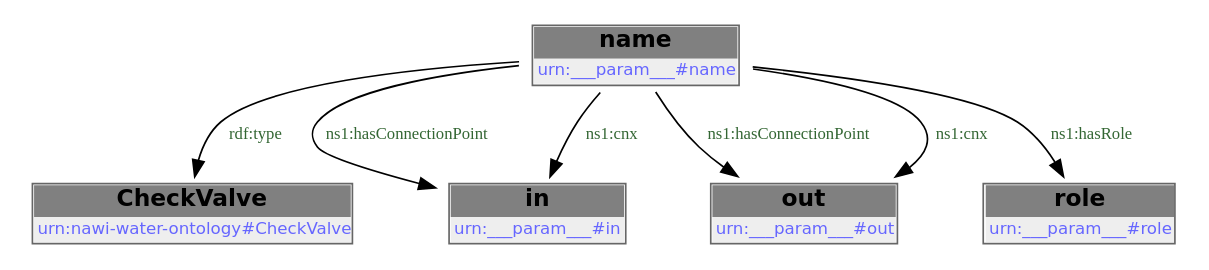
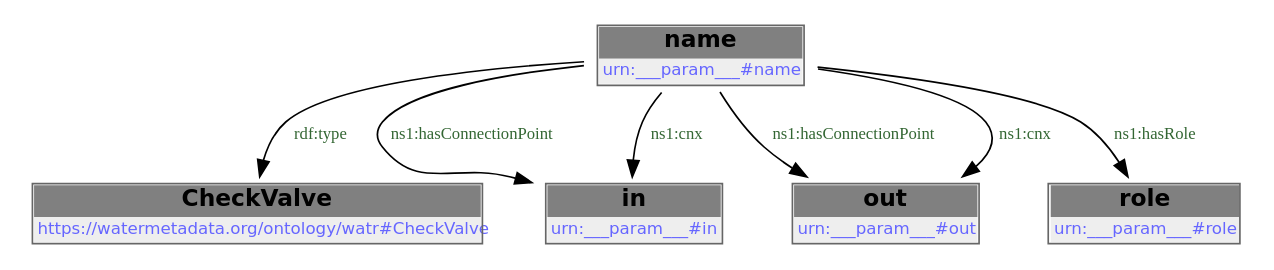
The first of 2 diagrams in docs/libraries/templates/check-valve.rst (DataDrivenCPS/water-ontology), drawn with Graphviz before and after one commit. The commit also changed other lines of this file and 43 other files, not shown here.

First line of the commit message:
feat: move ontology to https://watermetadata.org base URI

```diff
--- a/docs/libraries/templates/check-valve.rst
+++ b/docs/libraries/templates/check-valve.rst
@@ -82,16 +82,16 @@
         .. graphviz::
 
                 digraph G {
             node [fontname="DejaVu Sans"];
             node0 -> node1 [color=BLACK, label=< <font point-size='10' color='#336633'>rdf:type</font> >];
             node0 -> node2 [color=BLACK, label=< <font point-size='10' color='#336633'>ns1:hasConnectionPoint</font> >];
             node0 -> node3 [color=BLACK, label=< <font point-size='10' color='#336633'>ns1:hasConnectionPoint</font> >];
             node0 -> node4 [color=BLACK, label=< <font point-size='10' color='#336633'>ns1:hasRole</font> >];
             node0 -> node2 [color=BLACK, label=< <font point-size='10' color='#336633'>ns1:cnx</font> >];
             node0 -> node3 [color=BLACK, label=< <font point-size='10' color='#336633'>ns1:cnx</font> >];
             node0 [shape=none, color=black, label=< <table color='#666666' cellborder='0' cellspacing='0' border='1'><tr><td colspan='2' bgcolor='grey'><B>name</B></td></tr><tr><td href='urn:___param___#name' bgcolor='#eeeeee' colspan='2'><font point-size='10' color='#6666ff'>urn:___param___#name</font></td></tr></table> >];
-            node1 [shape=none, color=black, label=< <table color='#666666' cellborder='0' cellspacing='0' border='1'><tr><td colspan='2' bgcolor='grey'><B>CheckValve</B></td></tr><tr><td href='urn:nawi-water-ontology#CheckValve' bgcolor='#eeeeee' colspan='2'><font point-size='10' color='#6666ff'>urn:nawi-water-ontology#CheckValve</font></td></tr></table> >];
+            node1 [shape=none, color=black, label=< <table color='#666666' cellborder='0' cellspacing='0' border='1'><tr><td colspan='2' bgcolor='grey'><B>CheckValve</B></td></tr><tr><td href='https://watermetadata.org/ontology/watr#CheckValve' bgcolor='#eeeeee' colspan='2'><font point-size='10' color='#6666ff'>https://watermetadata.org/ontology/watr#CheckValve</font></td></tr></table> >];
             node2 [shape=none, color=black, label=< <table color='#666666' cellborder='0' cellspacing='0' border='1'><tr><td colspan='2' bgcolor='grey'><B>in</B></td></tr><tr><td href='urn:___param___#in' bgcolor='#eeeeee' colspan='2'><font point-size='10' color='#6666ff'>urn:___param___#in</font></td></tr></table> >];
             node3 [shape=none, color=black, label=< <table color='#666666' cellborder='0' cellspacing='0' border='1'><tr><td colspan='2' bgcolor='grey'><B>out</B></td></tr><tr><td href='urn:___param___#out' bgcolor='#eeeeee' colspan='2'><font point-size='10' color='#6666ff'>urn:___param___#out</font></td></tr></table> >];
             node4 [shape=none, color=black, label=< <table color='#666666' cellborder='0' cellspacing='0' border='1'><tr><td colspan='2' bgcolor='grey'><B>role</B></td></tr><tr><td href='urn:___param___#role' bgcolor='#eeeeee' colspan='2'><font point-size='10' color='#6666ff'>urn:___param___#role</font></td></tr></table> >];
             }
```
